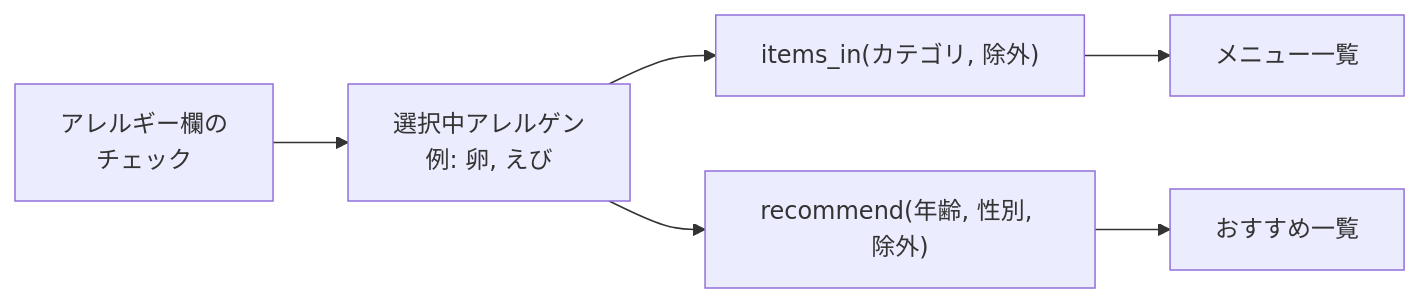
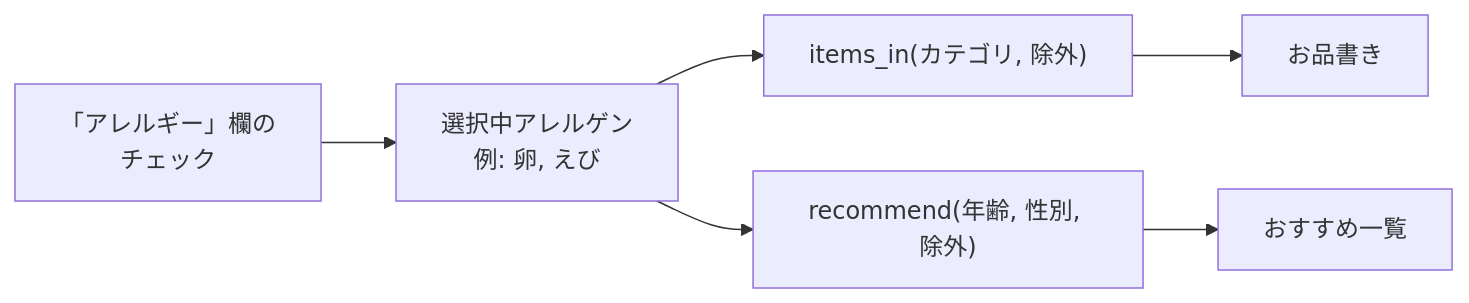
Before and after one commit to daiichi001/innsyokuorder: the fourth of 4 diagrams in README.md, drawn with Mermaid. The commit also changed other lines of this file and 4 other files, not shown here.

````diff
--- a/README.md
+++ b/README.md
@@ -258,6 +276,6 @@
 ```mermaid
 flowchart LR
-    CB["アレルギー欄の<br/>チェック"] --> SEL["選択中アレルゲン<br/>例: 卵, えび"]
-    SEL --> F1["items_in(カテゴリ, 除外)"] --> LIST["メニュー一覧"]
+    CB["「アレルギー」欄の<br/>チェック"] --> SEL["選択中アレルゲン<br/>例: 卵, えび"]
+    SEL --> F1["items_in(カテゴリ, 除外)"] --> LIST["お品書き"]
     SEL --> F2["recommend(年齢, 性別, 除外)"] --> RECS["おすすめ一覧"]
 ```
````
